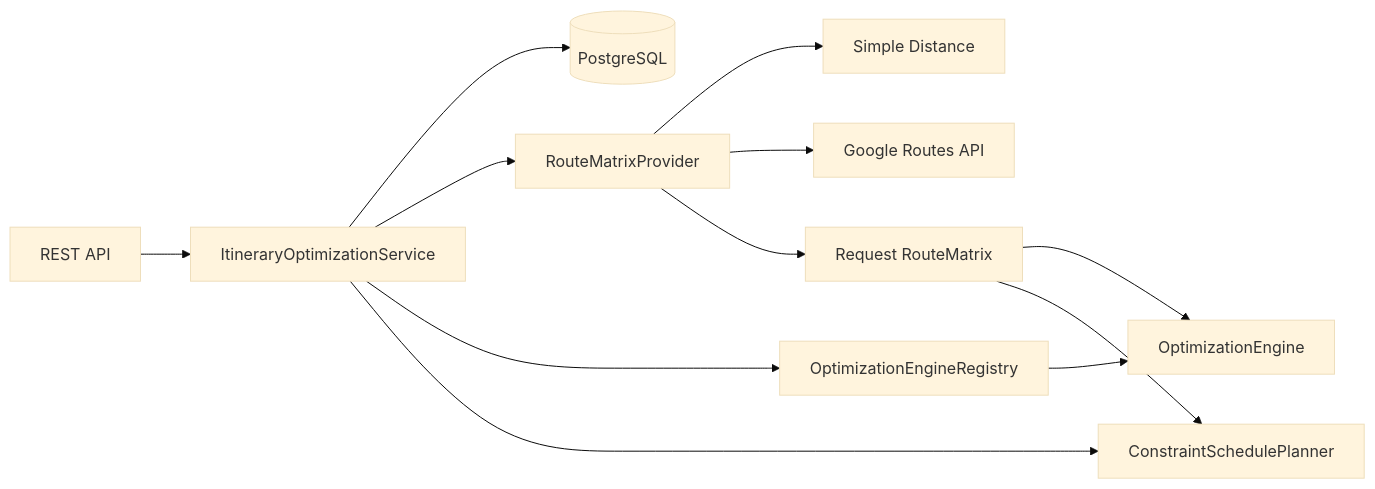
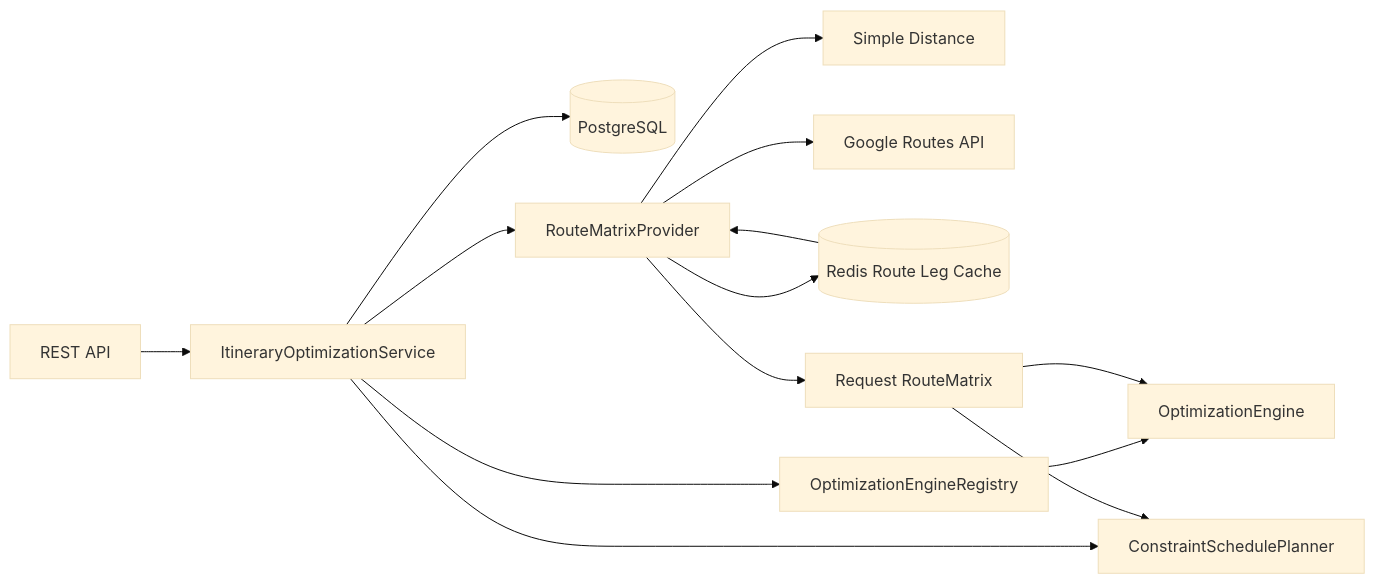
Before and after one commit to sungjuun/RoutePlan: the first of 2 diagrams in README.md, drawn with Mermaid (base theme). The commit also changed other lines of this file and 2 other files, not shown here.

Commit message:
docs: V5 Redis cache 도입 과정과 benchmark 기록

````diff
--- a/README.md
+++ b/README.md
@@ -92,14 +101,16 @@
 ```mermaid
 flowchart LR
     API[REST API] --> APP[ItineraryOptimizationService]
     APP --> DB[(PostgreSQL)]
     APP --> MATRIX[RouteMatrixProvider]
     MATRIX --> SIMPLE[Simple Distance]
     MATRIX --> GOOGLE[Google Routes API]
+    MATRIX --> CACHE[(Redis Route Leg Cache)]
+    CACHE --> MATRIX
     APP --> REGISTRY[OptimizationEngineRegistry]
     REGISTRY --> ENGINE[OptimizationEngine]
     MATRIX --> ROUTE[Request RouteMatrix]
     ROUTE --> ENGINE
     APP --> PLANNER[ConstraintSchedulePlanner]
     ROUTE --> PLANNER
 ```
````
